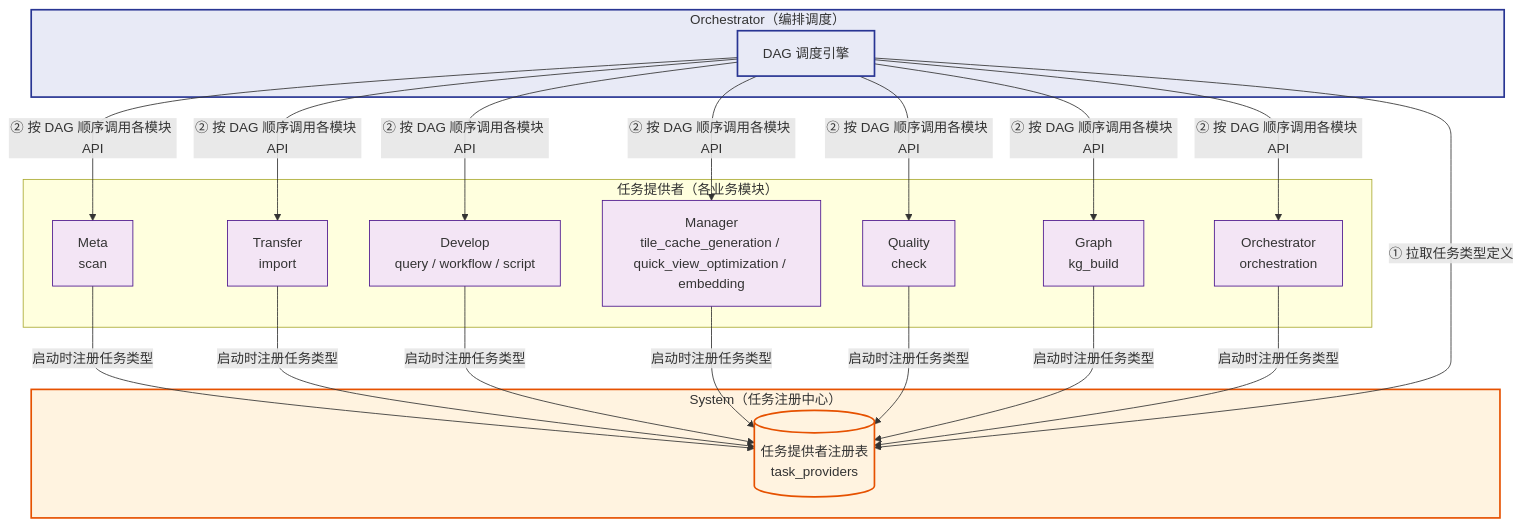
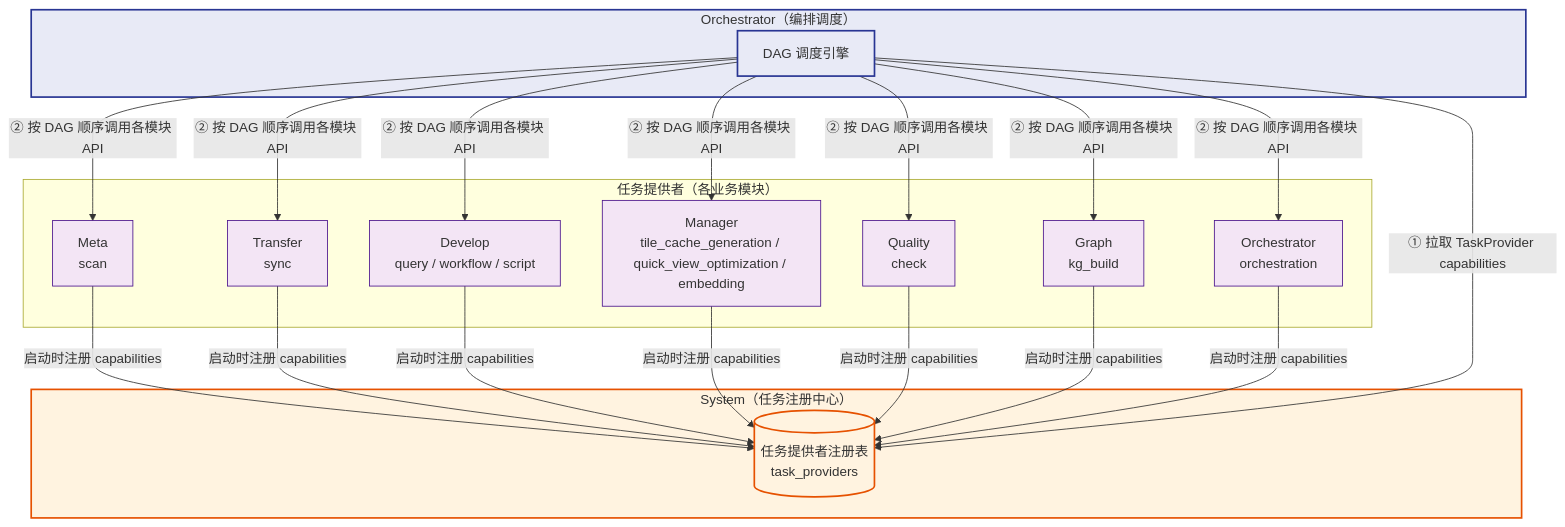
Before and after one commit to pampa0629/addp: diagram 11 of 12 in docs/concepts/addp模块架构图.md, drawn with Mermaid. The commit also changed other lines of this file and 402 other files, not shown here.

````diff
--- a/docs/concepts/addp模块架构图.md
+++ b/docs/concepts/addp模块架构图.md
@@ -717,44 +717,44 @@
 ```mermaid
 graph TB
     subgraph System["System（任务注册中心）"]
         TaskRegistry[(任务提供者注册表<br/>task_providers)]
     end
 
     subgraph Providers["任务提供者（各业务模块）"]
         MetaT["Meta<br/>scan"]
-        TransferT["Transfer<br/>import"]
+        TransferT["Transfer<br/>sync"]
         DevelopT["Develop<br/>query / workflow / script"]
         ManagerT["Manager<br/>tile_cache_generation / quick_view_optimization / embedding"]
         QualityT["Quality<br/>check"]
         GraphT["Graph<br/>kg_build"]
         OrchestratorT["Orchestrator<br/>orchestration"]
 
-        MetaT   -->|"启动时注册任务类型"| TaskRegistry
-        TransferT -->|"启动时注册任务类型"| TaskRegistry
-        DevelopT -->|"启动时注册任务类型"| TaskRegistry
-        ManagerT -->|"启动时注册任务类型"| TaskRegistry
-        QualityT -->|"启动时注册任务类型"| TaskRegistry
-        GraphT -->|"启动时注册任务类型"| TaskRegistry
-        OrchestratorT -->|"启动时注册任务类型"| TaskRegistry
+        MetaT   -->|"启动时注册 capabilities"| TaskRegistry
+        TransferT -->|"启动时注册 capabilities"| TaskRegistry
+        DevelopT -->|"启动时注册 capabilities"| TaskRegistry
+        ManagerT -->|"启动时注册 capabilities"| TaskRegistry
+        QualityT -->|"启动时注册 capabilities"| TaskRegistry
+        GraphT -->|"启动时注册 capabilities"| TaskRegistry
+        OrchestratorT -->|"启动时注册 capabilities"| TaskRegistry
     end
 
     subgraph Orchestrator["Orchestrator（编排调度）"]
         DAGEngine["DAG 调度引擎"]
-        DAGEngine -->|"① 拉取任务类型定义"| TaskRegistry
+        DAGEngine -->|"① 拉取 TaskProvider capabilities"| TaskRegistry
         DAGEngine -->|"② 按 DAG 顺序调用各模块 API"| MetaT
         DAGEngine -->|"② 按 DAG 顺序调用各模块 API"| TransferT
         DAGEngine -->|"② 按 DAG 顺序调用各模块 API"| DevelopT
         DAGEngine -->|"② 按 DAG 顺序调用各模块 API"| ManagerT
         DAGEngine -->|"② 按 DAG 顺序调用各模块 API"| QualityT
         DAGEngine -->|"② 按 DAG 顺序调用各模块 API"| GraphT
         DAGEngine -->|"② 按 DAG 顺序调用各模块 API"| OrchestratorT
     end
 
     classDef system fill:#fff3e0,stroke:#e65100,stroke-width:2px
     classDef provider fill:#f3e5f5,stroke:#4a148c
     classDef orch fill:#e8eaf6,stroke:#283593,stroke-width:2px
 
     class System,TaskRegistry system
     class MetaT,TransferT,DevelopT,ManagerT,QualityT,GraphT,OrchestratorT provider
     class Orchestrator,DAGEngine orch
 ```
````
